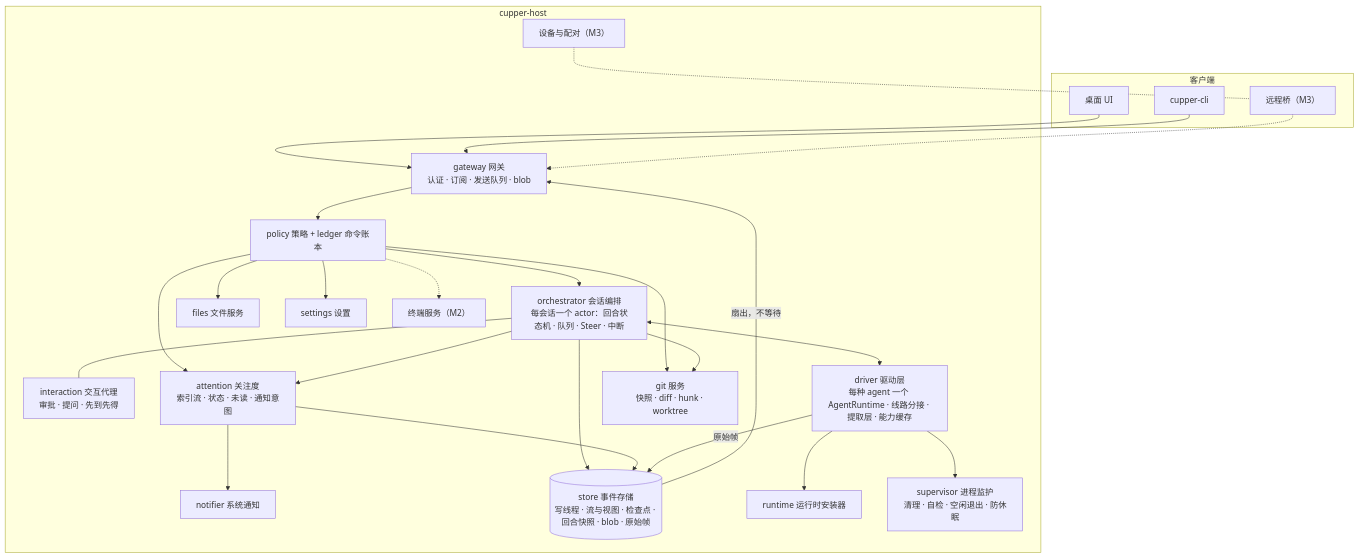
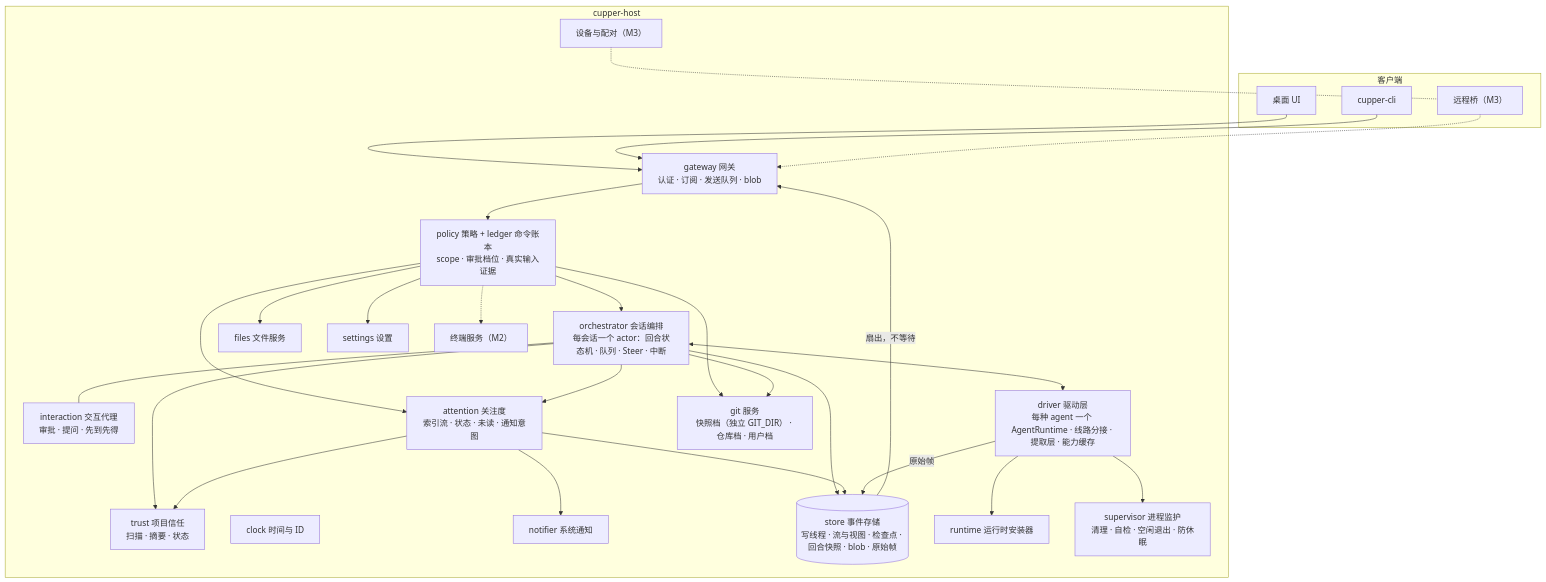
Before and after one commit to boris-w/cupper: the second of 2 diagrams in docs/02-design.md, drawn with Mermaid. The commit also changed other lines of this file and 4 other files, not shown here.

````diff
--- a/docs/02-design.md
+++ b/docs/02-design.md
@@ -58,47 +60,51 @@
 ```mermaid
 flowchart TB
   subgraph CLIENTS["客户端"]
     UI["桌面 UI"]
     CLIC["cupper-cli"]
     RB["远程桥（M3）"]
   end
   subgraph H["cupper-host"]
     GW["gateway 网关<br/>认证 · 订阅 · 发送队列 · blob"]
-    POL["policy 策略 + ledger 命令账本"]
+    POL["policy 策略 + ledger 命令账本<br/>scope · 审批档位 · 真实输入证据"]
+    TRU["trust 项目信任<br/>扫描 · 摘要 · 状态"]
+    CLK["clock 时间与 ID"]
     ORC["orchestrator 会话编排<br/>每会话一个 actor：回合状态机 · 队列 · Steer · 中断"]
     INT["interaction 交互代理<br/>审批 · 提问 · 先到先得"]
     ATT["attention 关注度<br/>索引流 · 状态 · 未读 · 通知意图"]
     NOT["notifier 系统通知"]
     STO[("store 事件存储<br/>写线程 · 流与视图 · 检查点 · 回合快照 · blob · 原始帧")]
     DRV["driver 驱动层<br/>每种 agent 一个 AgentRuntime · 线路分接 · 提取层 · 能力缓存"]
-    GITS["git 服务<br/>快照 · diff · hunk · worktree"]
+    GITS["git 服务<br/>快照档（独立 GIT_DIR） · 仓库档 · 用户档"]
     FIL["files 文件服务"]
     SETS["settings 设置"]
     RTI["runtime 运行时安装器"]
     SUP["supervisor 进程监护<br/>清理 · 自检 · 空闲退出 · 防休眠"]
     TRM["终端服务（M2）"]
     DEV["设备与配对（M3）"]
   end
   UI --> GW
   CLIC --> GW
   RB -.-> GW
   GW --> POL
   POL --> ORC
   POL --> ATT
   POL --> GITS
   POL --> FIL
   POL --> SETS
   POL -.-> TRM
   ORC --- INT
+  ORC --> TRU
+  ATT --> TRU
   ORC <--> DRV
   ORC --> GITS
   ORC --> ATT
   ORC --> STO
   ATT --> STO
   ATT --> NOT
   DRV --> RTI
   DRV --> SUP
   DRV -->|"原始帧"| STO
   STO -->|"扇出，不等待"| GW
   DEV -.- RB
 ```
````
